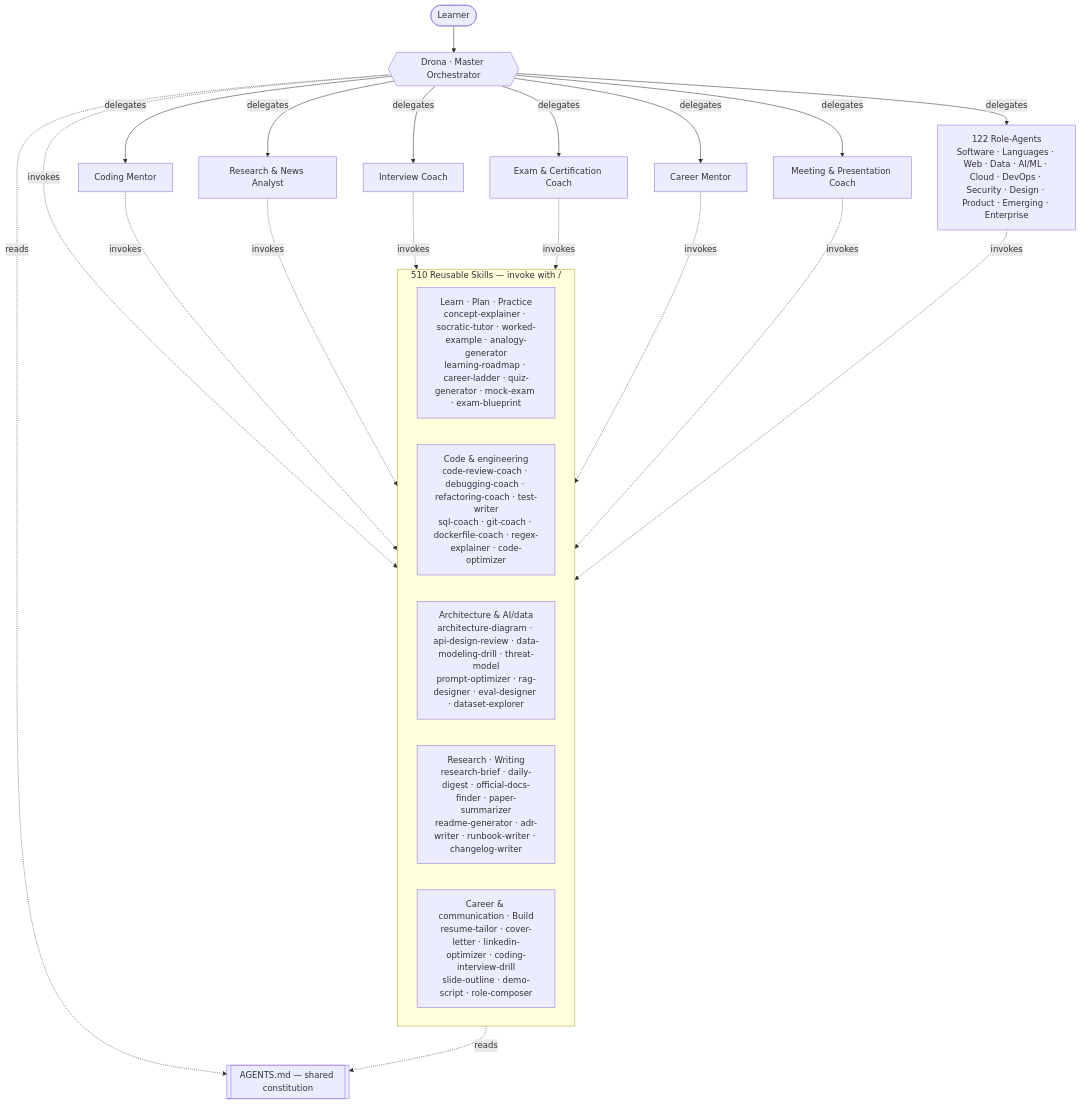
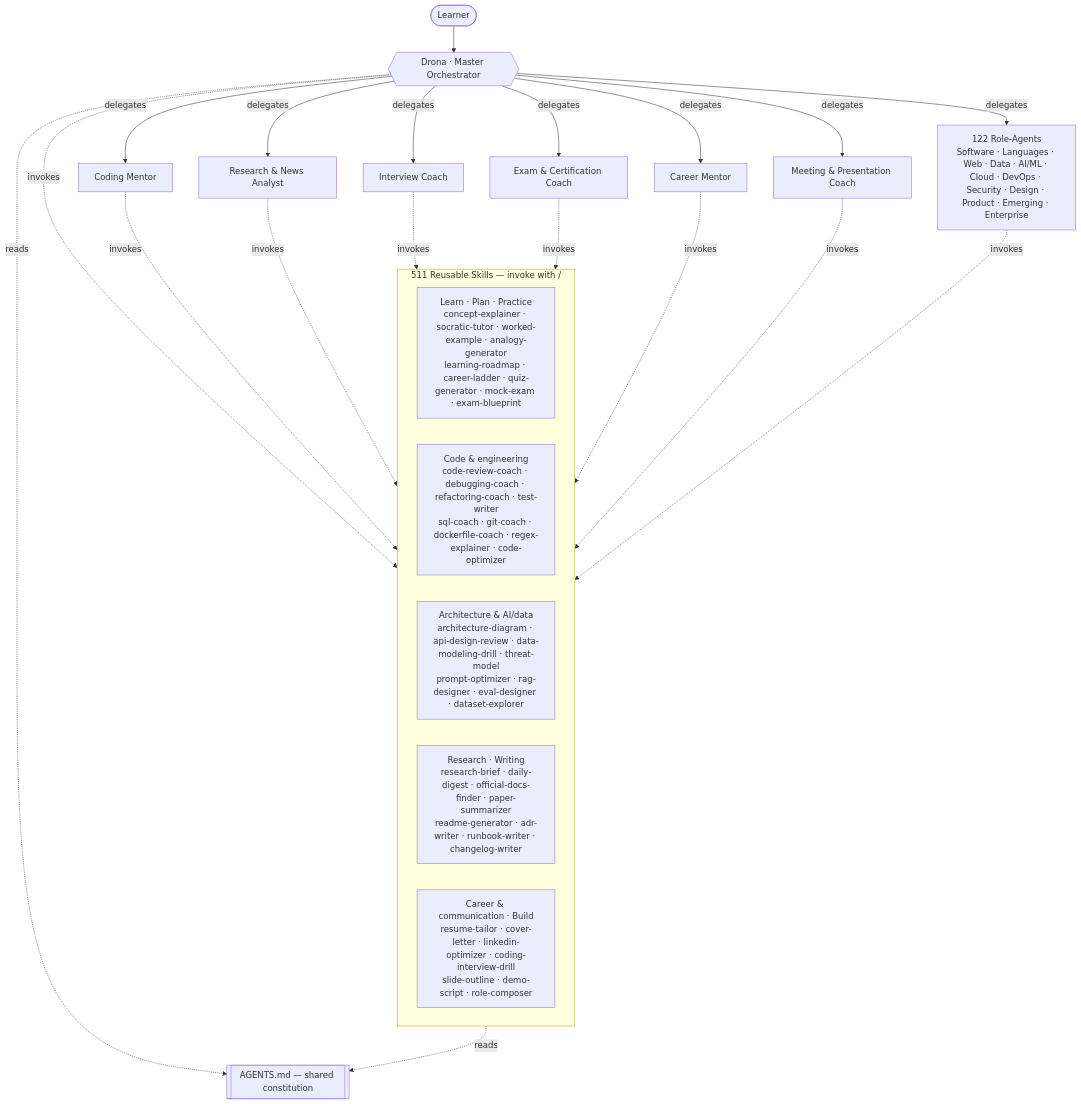
The diagram in README.md (ArasaniRohithReddy/LearningOS), drawn with Mermaid before and after one commit. The commit also changed other lines of this file and 28 other files, not shown here.

````diff
--- a/README.md
+++ b/README.md
@@ -40,32 +40,32 @@
 ```mermaid
 flowchart TD
     U([Learner]) --> D{{Drona · Master Orchestrator}}
 
     D -->|delegates| CM[Coding Mentor]
     D -->|delegates| RN[Research & News Analyst]
     D -->|delegates| IC[Interview Coach]
     D -->|delegates| EC[Exam & Certification Coach]
     D -->|delegates| CA[Career Mentor]
     D -->|delegates| MP[Meeting & Presentation Coach]
     D -->|delegates| RO["122 Role-Agents<br/>Software · Languages · Web · Data · AI/ML · Cloud · DevOps · Security · Design · Product · Emerging · Enterprise"]
 
-    subgraph Skills["510 Reusable Skills — invoke with /"]
+    subgraph Skills["511 Reusable Skills — invoke with /"]
       S1["Learn · Plan · Practice<br/>concept-explainer · socratic-tutor · worked-example · analogy-generator<br/>learning-roadmap · career-ladder · quiz-generator · mock-exam · exam-blueprint"]
       S2["Code & engineering<br/>code-review-coach · debugging-coach · refactoring-coach · test-writer<br/>sql-coach · git-coach · dockerfile-coach · regex-explainer · code-optimizer"]
       S3["Architecture & AI/data<br/>architecture-diagram · api-design-review · data-modeling-drill · threat-model<br/>prompt-optimizer · rag-designer · eval-designer · dataset-explorer"]
       S4["Research · Writing<br/>research-brief · daily-digest · official-docs-finder · paper-summarizer<br/>readme-generator · adr-writer · runbook-writer · changelog-writer"]
       S5["Career & communication · Build<br/>resume-tailor · cover-letter · linkedin-optimizer · coding-interview-drill<br/>slide-outline · demo-script · role-composer"]
     end
 
     D -.invokes.-> Skills
     CM -.invokes.-> Skills
     RN -.invokes.-> Skills
     IC -.invokes.-> Skills
     EC -.invokes.-> Skills
     CA -.invokes.-> Skills
     MP -.invokes.-> Skills
     RO -.invokes.-> Skills
 
     Skills -.reads.-> AG[[AGENTS.md — shared constitution]]
     D -.reads.-> AG
 ```
````
